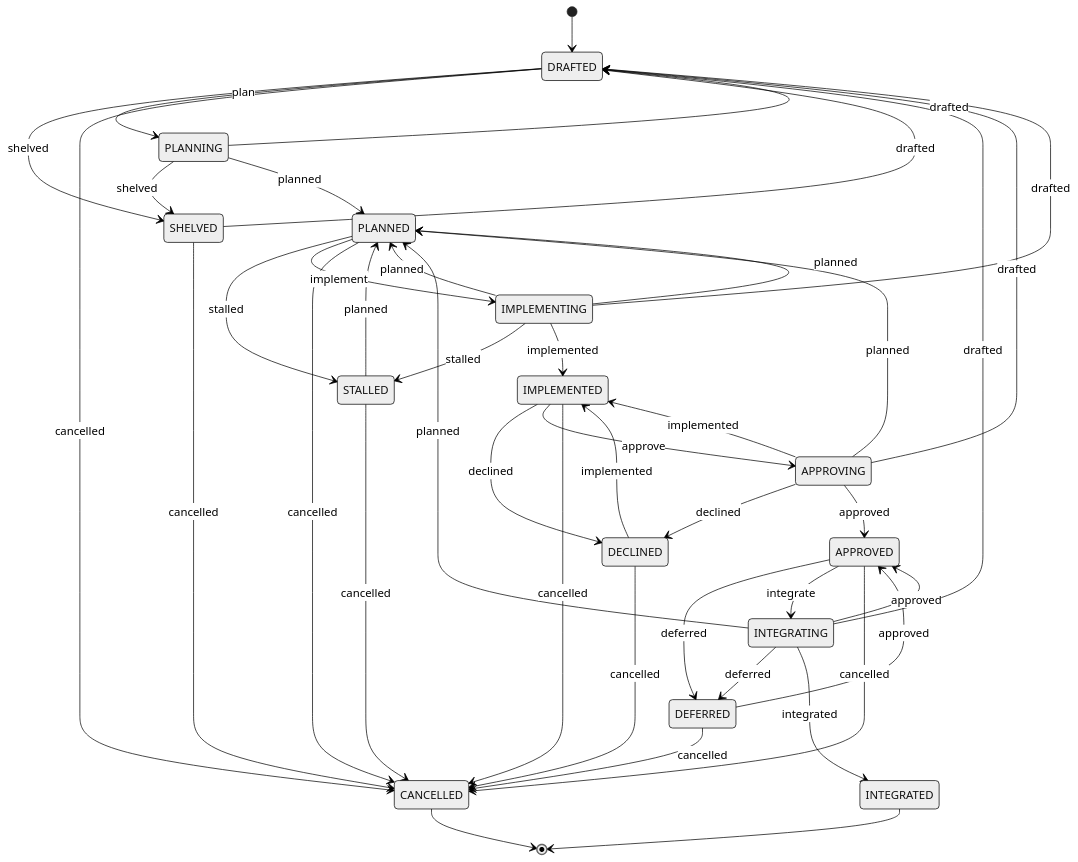
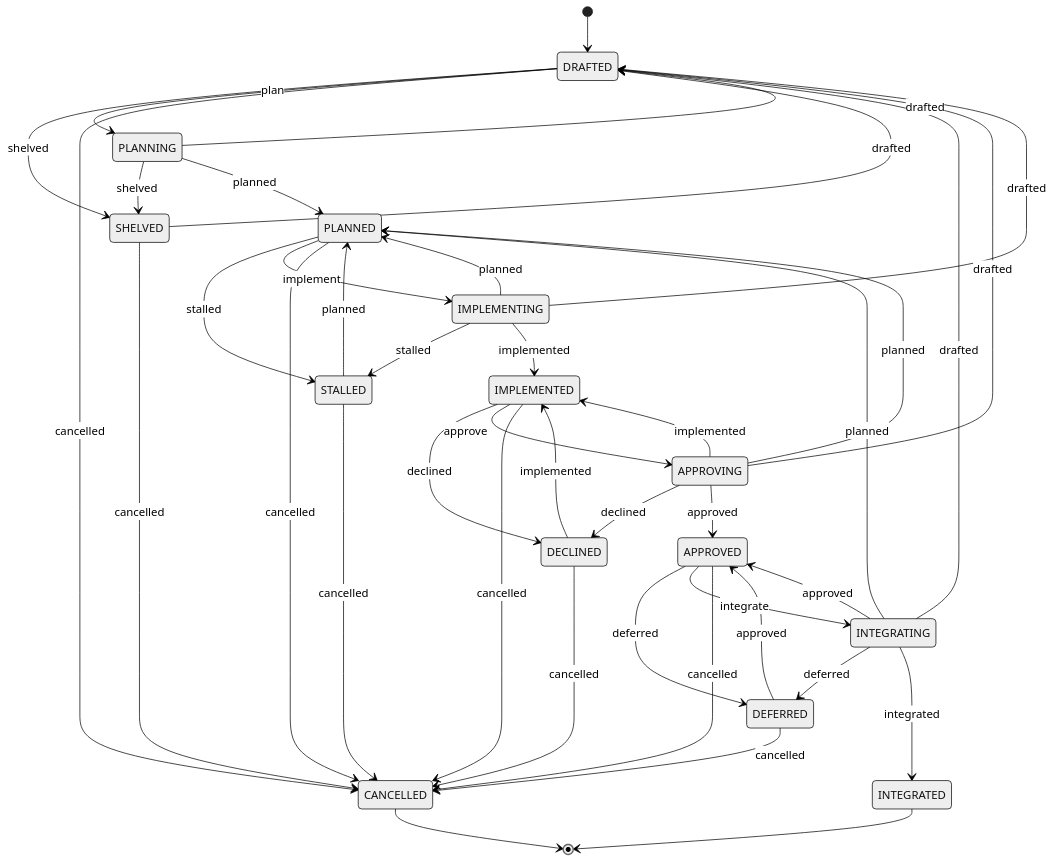
One commit to rse/ase changed the second of 2 diagrams in docs/task-states.md. Above: the diagram before and after it, drawn with Mermaid (neutral theme). The commit also changed other lines of this file, not shown here.

````diff
--- a/docs/task-states.md
+++ b/docs/task-states.md
@@ -11,51 +87,50 @@
 ```mermaid
 stateDiagram-v2
     [*]          --> DRAFTED
     DRAFTED      --> SHELVED:      shelved
     SHELVED      --> DRAFTED:      drafted
     DRAFTED      --> PLANNING:     plan
     PLANNING     --> DRAFTED:      drafted
     PLANNING     --> SHELVED:      shelved
 
     PLANNING     --> PLANNED:      planned
     PLANNED      --> STALLED:      stalled
     STALLED      --> PLANNED:      planned
     PLANNED      --> IMPLEMENTING: implement
     IMPLEMENTING --> PLANNED:      planned
     IMPLEMENTING --> STALLED:      stalled
 
     IMPLEMENTING --> IMPLEMENTED:  implemented
     IMPLEMENTED  --> DECLINED:     declined
     DECLINED     --> IMPLEMENTED:  implemented
     IMPLEMENTED  --> APPROVING:    approve
     APPROVING    --> IMPLEMENTED:  implemented
     APPROVING    --> DECLINED:     declined
 
     APPROVING    --> APPROVED:     approved
     APPROVED     --> DEFERRED:     deferred
     DEFERRED     --> APPROVED:     approved
     APPROVED     --> INTEGRATING:  integrate
     INTEGRATING  --> APPROVED:     approved
     INTEGRATING  --> DEFERRED:     deferred
 
     INTEGRATING  --> INTEGRATED:   integrated
 
     IMPLEMENTING --> DRAFTED:      drafted
-    IMPLEMENTING --> PLANNED:      planned
     APPROVING    --> DRAFTED:      drafted
     APPROVING    --> PLANNED:      planned
     INTEGRATING  --> DRAFTED:      drafted
     INTEGRATING  --> PLANNED:      planned
 
     DRAFTED      --> CANCELLED:    cancelled
     SHELVED      --> CANCELLED:    cancelled
     PLANNED      --> CANCELLED:    cancelled
     STALLED      --> CANCELLED:    cancelled
     IMPLEMENTED  --> CANCELLED:    cancelled
     DECLINED     --> CANCELLED:    cancelled
     APPROVED     --> CANCELLED:    cancelled
     DEFERRED     --> CANCELLED:    cancelled
 
     INTEGRATED   --> [*]
     CANCELLED    --> [*]
 ```
````
